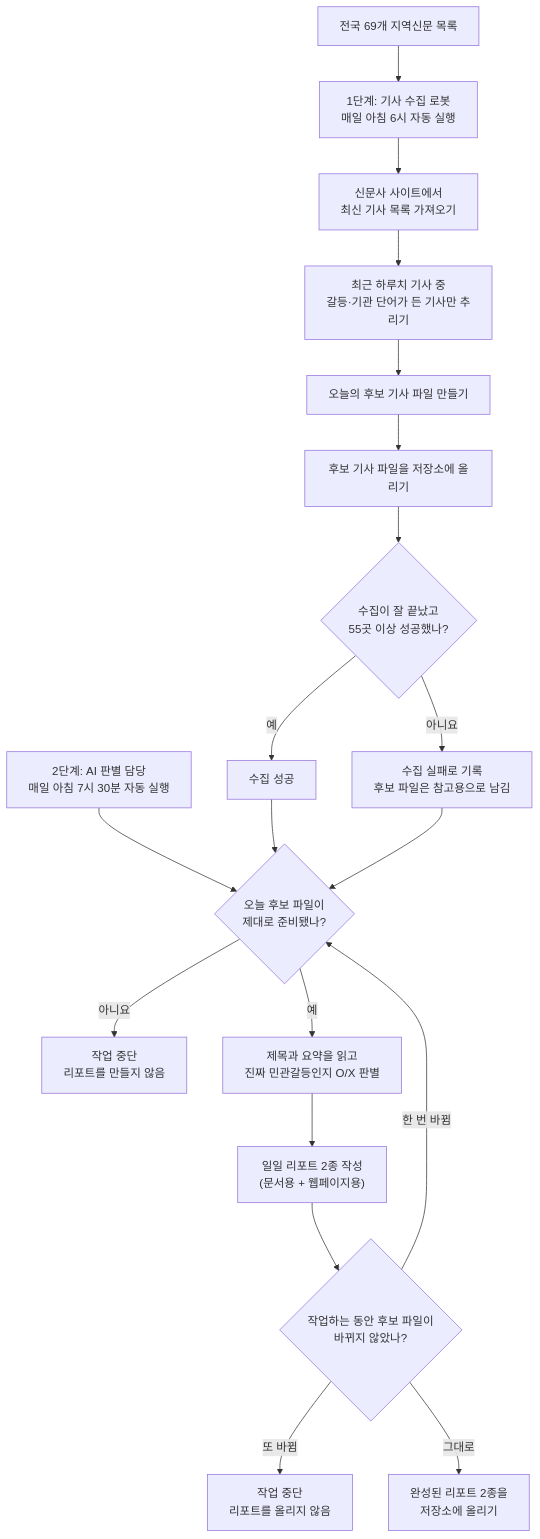
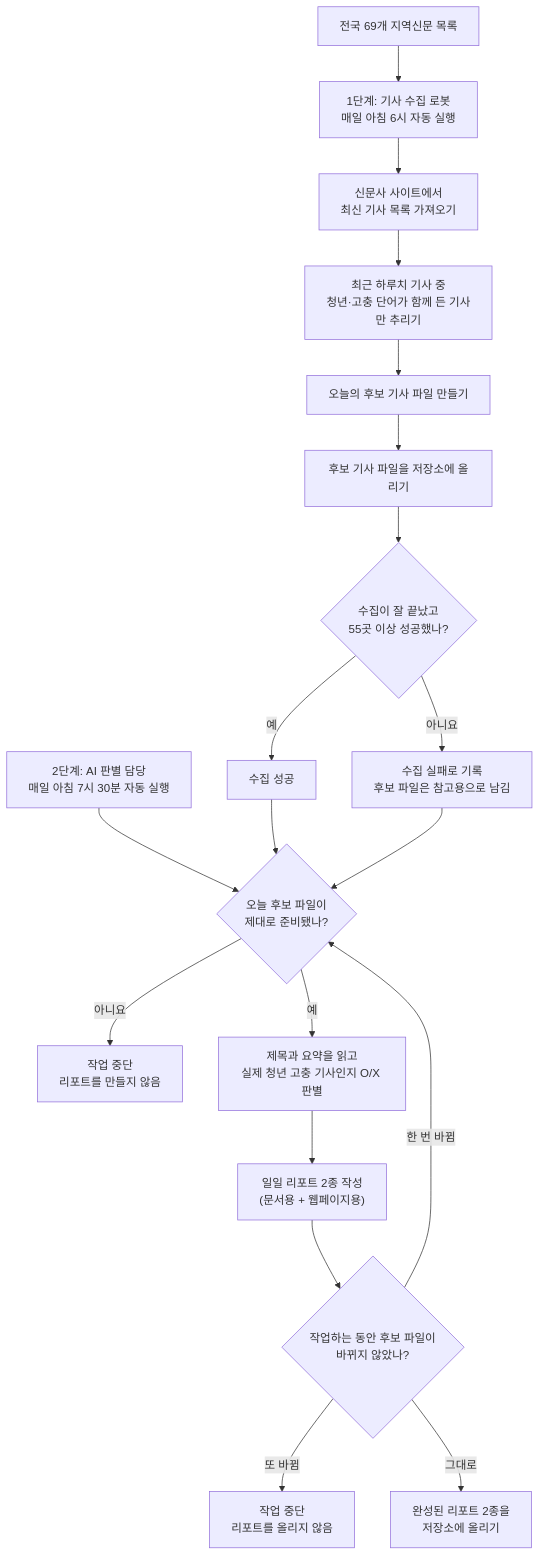
One commit to ray-ho33/bal-gul-template changed the diagram in README.md. Above: the diagram before and after it, drawn with Mermaid. The commit also changed other lines of this file and 18 other files, not shown here.

````diff
--- a/README.md
+++ b/README.md
@@ -35,22 +35,22 @@
 ```mermaid
 flowchart TD
     A["전국 69개 지역신문 목록"] --> B["1단계: 기사 수집 로봇<br/>매일 아침 6시 자동 실행"]
     B --> C["신문사 사이트에서<br/>최신 기사 목록 가져오기"]
-    C --> D["최근 하루치 기사 중<br/>갈등·기관 단어가 든 기사만 추리기"]
+    C --> D["최근 하루치 기사 중<br/>청년·고충 단어가 함께 든 기사만 추리기"]
     D --> E["오늘의 후보 기사 파일 만들기"]
     E --> F["후보 기사 파일을 저장소에 올리기"]
     F --> G{"수집이 잘 끝났고<br/>55곳 이상 성공했나?"}
     G -- 아니요 --> H["수집 실패로 기록<br/>후보 파일은 참고용으로 남김"]
     G -- 예 --> I["수집 성공"]
 
     J["2단계: AI 판별 담당<br/>매일 아침 7시 30분 자동 실행"] --> K{"오늘 후보 파일이<br/>제대로 준비됐나?"}
     I --> K
     H --> K
     K -- 아니요 --> L["작업 중단<br/>리포트를 만들지 않음"]
-    K -- 예 --> M["제목과 요약을 읽고<br/>진짜 민관갈등인지 O/X 판별"]
+    K -- 예 --> M["제목과 요약을 읽고<br/>실제 청년 고충 기사인지 O/X 판별"]
     M --> N["일일 리포트 2종 작성<br/>(문서용 + 웹페이지용)"]
     N --> O{"작업하는 동안 후보 파일이<br/>바뀌지 않았나?"}
     O -- 한 번 바뀜 --> K
     O -- 또 바뀜 --> P["작업 중단<br/>리포트를 올리지 않음"]
     O -- 그대로 --> Q["완성된 리포트 2종을<br/>저장소에 올리기"]
 ```
````
